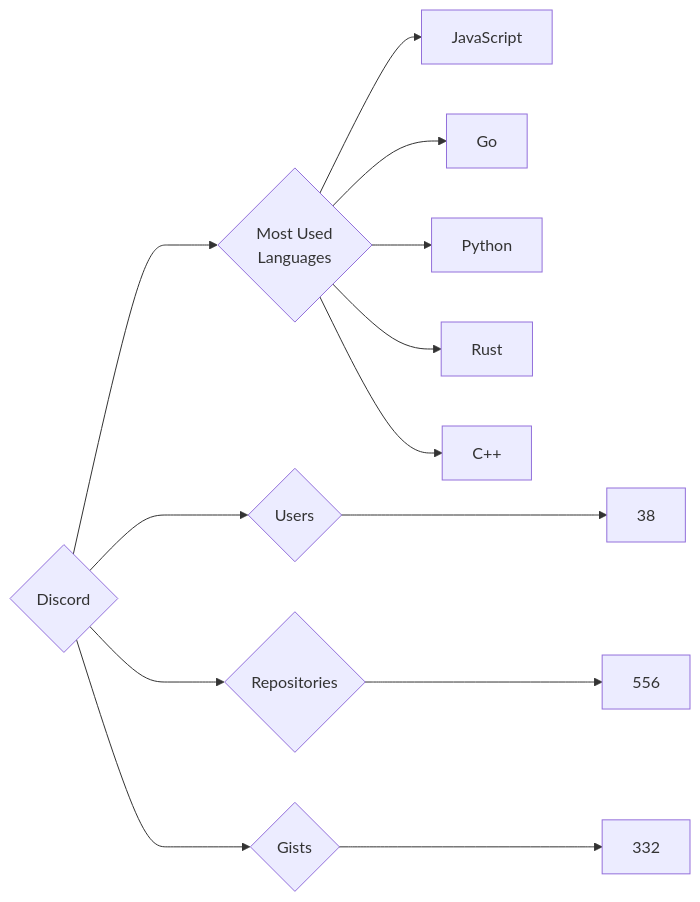
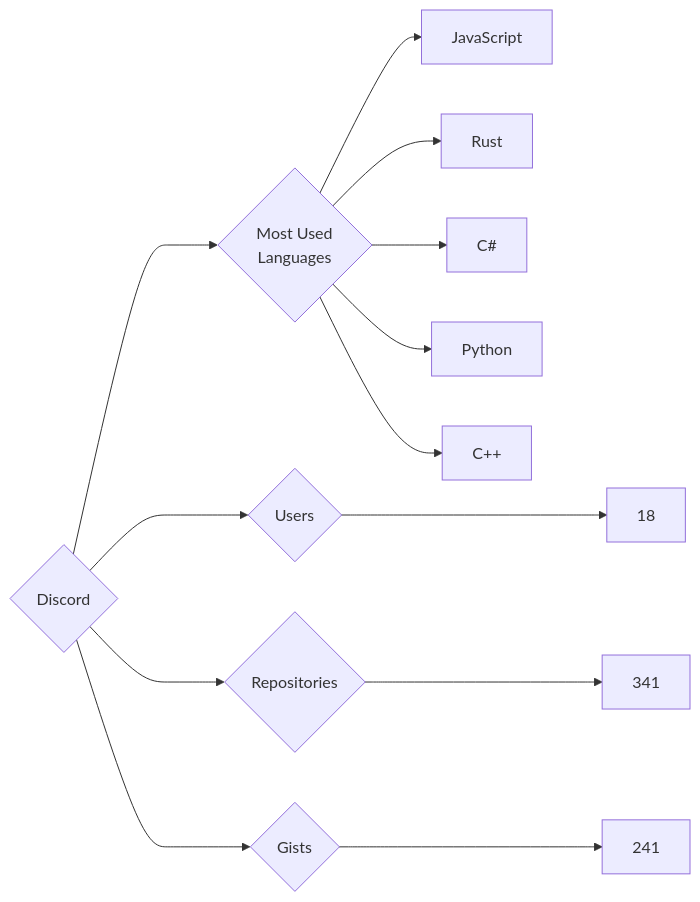
Before and after one commit to trickest/insiders: the diagram in targets/Discord/README.md, drawn with Mermaid. The commit also changed 872 other files, not shown here.

````diff
--- a/targets/Discord/README.md
+++ b/targets/Discord/README.md
@@ -3,13 +3,13 @@
 ```mermaid
 graph LR
 COMPANY_NAME{Discord}
-COMPANY_NAME ---> U{Users} ---> UN[38]
-COMPANY_NAME ---> R{Repositories} ---> RN[556]
-COMPANY_NAME ---> G{Gists} ---> GN[332]
+COMPANY_NAME ---> U{Users} ---> UN[18]
+COMPANY_NAME ---> R{Repositories} ---> RN[341]
+COMPANY_NAME ---> G{Gists} ---> GN[241]
 COMPANY_NAME ---> ML{Most Used<br>Languages}
 ML --> JavaScript[JavaScript]
-ML --> Go[Go]
+ML --> Rust[Rust]
+ML --> C#[C#]
 ML --> Python[Python]
-ML --> Rust[Rust]
 ML --> C++[C++]
 ```
````
